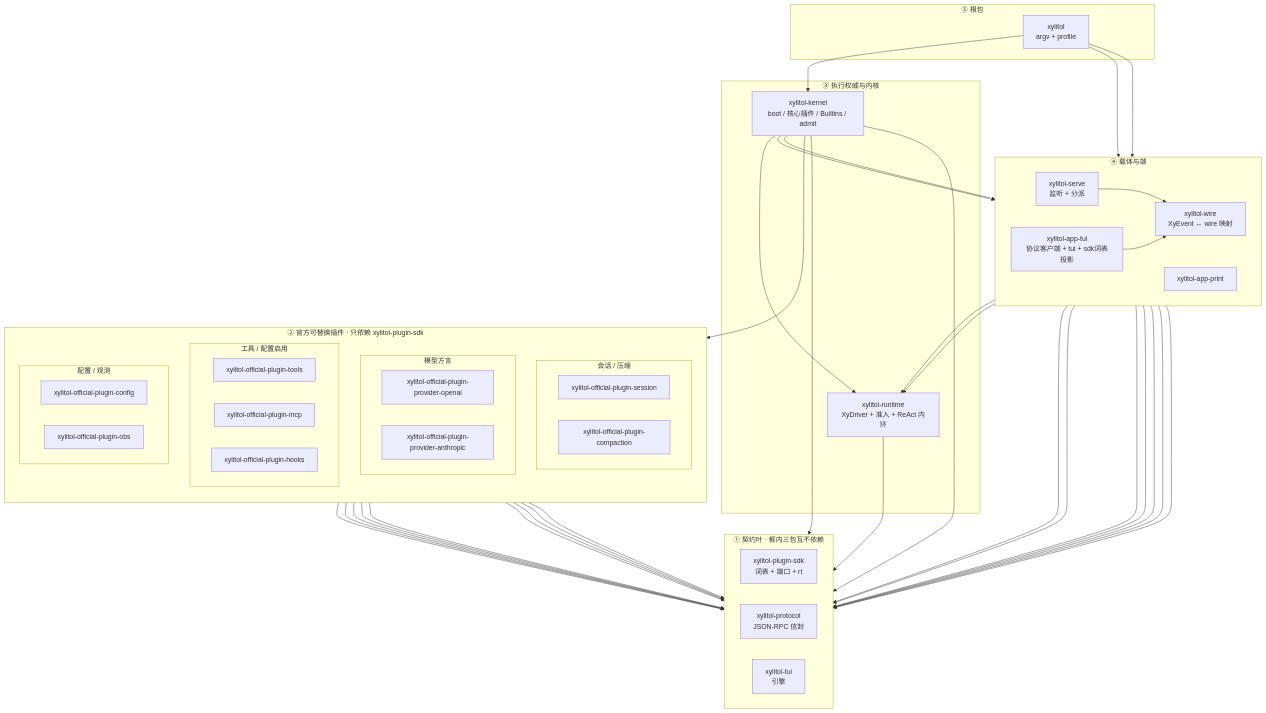
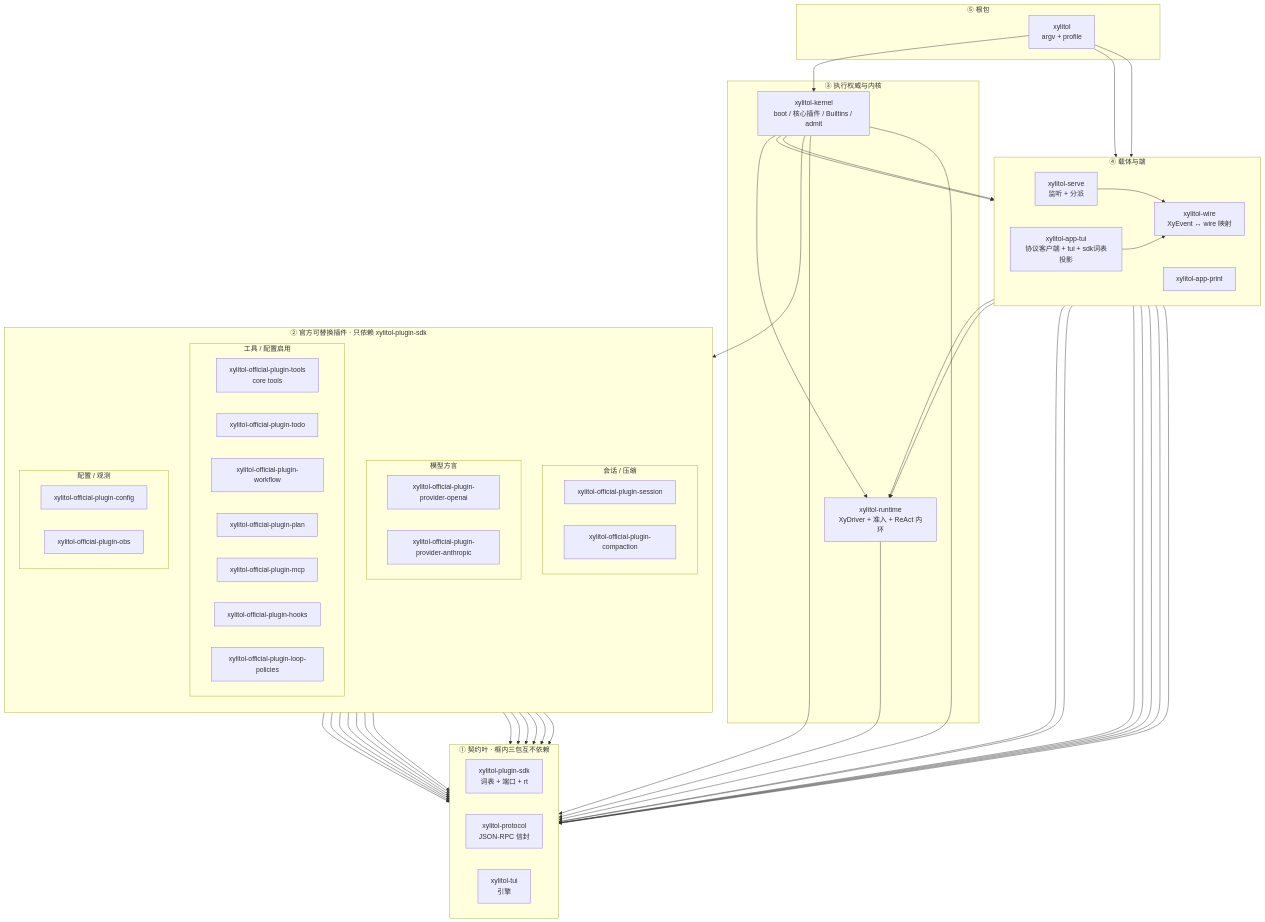
Before and after one commit to StrayDragon/xylitol: the diagram in src/AGENTS.md, drawn with Mermaid. The commit also changed other lines of this file and 306 other files, not shown here.

First line of the commit message:
feat(loop): ReAct loop middleware with plan/workflow/todo policies and observability (#30)

```diff
--- a/src/AGENTS.md
+++ b/src/AGENTS.md
@@ -41,9 +41,13 @@
     end
     subgraph plugins_ext["工具 / 配置启用"]
       direction LR
-      xylitol_official_plugin_tools["xylitol-official-plugin-tools"]
+      xylitol_official_plugin_tools["xylitol-official-plugin-tools<br/>core tools"]
+      xylitol_official_plugin_todo["xylitol-official-plugin-todo"]
+      xylitol_official_plugin_workflow["xylitol-official-plugin-workflow"]
+      xylitol_official_plugin_plan["xylitol-official-plugin-plan"]
       xylitol_official_plugin_mcp["xylitol-official-plugin-mcp"]
       xylitol_official_plugin_hooks["xylitol-official-plugin-hooks"]
+      xylitol_official_plugin_loop_policies["xylitol-official-plugin-loop-policies"]
     end
     subgraph plugins_host["配置 / 观测"]
       direction LR
@@ -74,8 +78,12 @@
   xylitol_official_plugin_provider_openai --> xylitol_plugin_sdk
   xylitol_official_plugin_provider_anthropic --> xylitol_plugin_sdk
   xylitol_official_plugin_tools --> xylitol_plugin_sdk
+  xylitol_official_plugin_todo --> xylitol_plugin_sdk
+  xylitol_official_plugin_workflow --> xylitol_plugin_sdk
+  xylitol_official_plugin_plan --> xylitol_plugin_sdk
   xylitol_official_plugin_mcp --> xylitol_plugin_sdk
   xylitol_official_plugin_hooks --> xylitol_plugin_sdk
+  xylitol_official_plugin_loop_policies --> xylitol_plugin_sdk
   xylitol_official_plugin_config --> xylitol_plugin_sdk
   xylitol_official_plugin_obs --> xylitol_plugin_sdk
   xylitol_runtime --> xylitol_plugin_sdk
```
